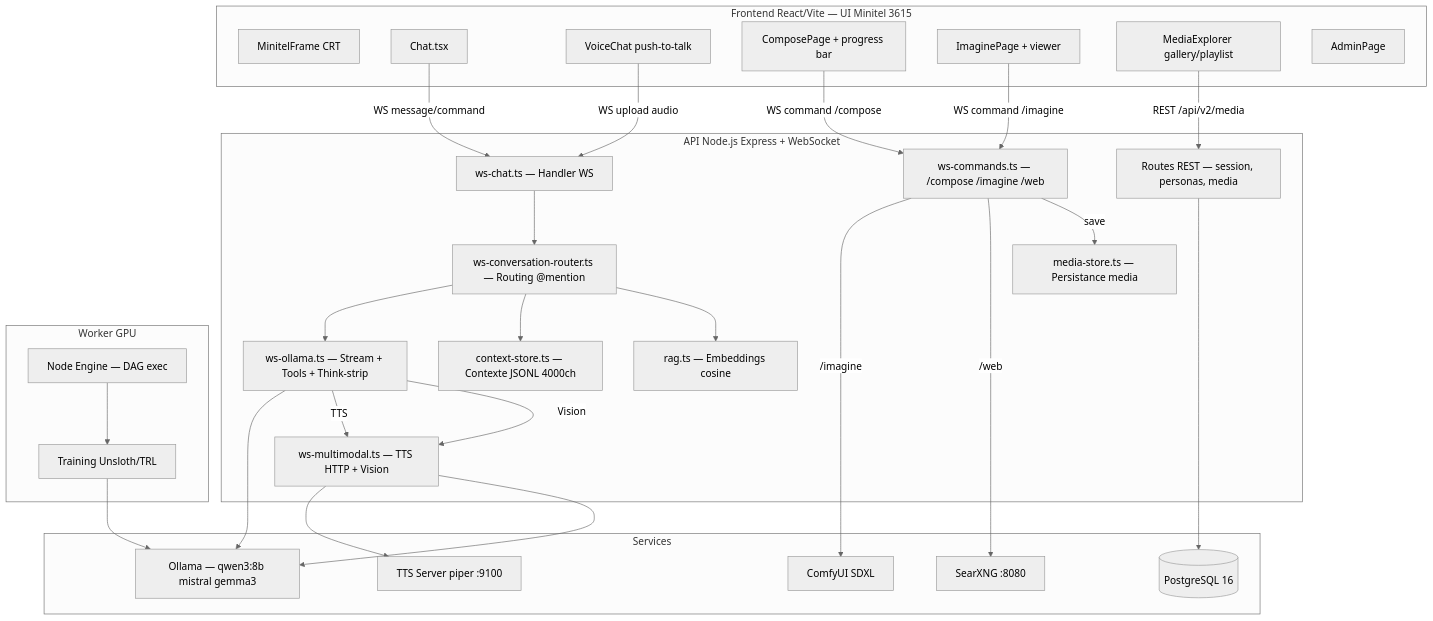
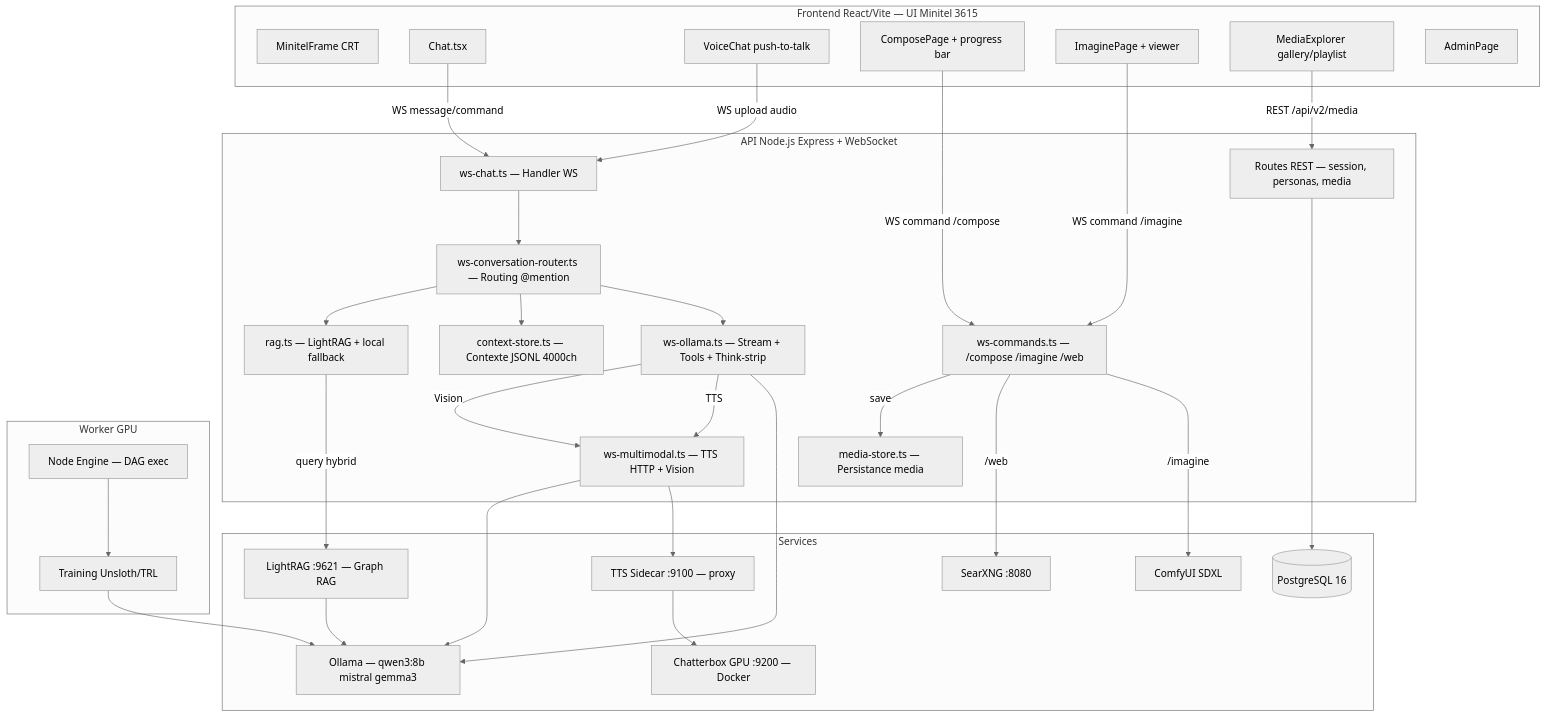
Before and after one commit to electron-rare/kxkm_clown: the first of 3 diagrams in docs/ARCHITECTURE.md, drawn with Mermaid (neutral theme). The commit also changed other lines of this file and 170 other files, not shown here.

````diff
--- a/docs/ARCHITECTURE.md
+++ b/docs/ARCHITECTURE.md
@@ -7,54 +7,57 @@
 ```mermaid
 graph TB
     subgraph Client["Frontend React/Vite — UI Minitel 3615"]
         UI[MinitelFrame CRT]
         Chat[Chat.tsx]
         Voice[VoiceChat push-to-talk]
         Compose[ComposePage + progress bar]
         Imagine[ImaginePage + viewer]
         Media[MediaExplorer gallery/playlist]
         Admin[AdminPage]
     end
 
     subgraph API["API Node.js Express + WebSocket"]
         WS[ws-chat.ts — Handler WS]
         CMD[ws-commands.ts — /compose /imagine /web]
         ROUTER[ws-conversation-router.ts — Routing @mention]
         LLM[ws-ollama.ts — Stream + Tools + Think-strip]
         MULTI[ws-multimodal.ts — TTS HTTP + Vision]
         MSTORE[media-store.ts — Persistance media]
         CTX[context-store.ts — Contexte JSONL 4000ch]
-        RAG[rag.ts — Embeddings cosine]
+        RAG[rag.ts — LightRAG + local fallback]
         REST[Routes REST — session, personas, media]
     end
 
     subgraph Services["Services"]
         OLLAMA[Ollama — qwen3:8b mistral gemma3]
-        TTS[TTS Server piper :9100]
+        TTS[TTS Sidecar :9100 — proxy]
+        CBOX[Chatterbox GPU :9200 — Docker]
+        LRAG[LightRAG :9621 — Graph RAG]
         COMFY[ComfyUI SDXL]
         SEARX[SearXNG :8080]
         PG[(PostgreSQL 16)]
     end
 
     subgraph Worker["Worker GPU"]
         ENGINE[Node Engine — DAG exec]
         TRAIN[Training Unsloth/TRL]
     end
 
     Chat -- "WS message/command" --> WS
     Voice -- "WS upload audio" --> WS
     Compose -- "WS command /compose" --> CMD
     Imagine -- "WS command /imagine" --> CMD
     Media -- "REST /api/v2/media" --> REST
 
     WS --> ROUTER --> LLM --> OLLAMA
     ROUTER --> CTX
     ROUTER --> RAG
-    LLM -- "TTS" --> MULTI --> TTS
+    LLM -- "TTS" --> MULTI --> TTS --> CBOX
     LLM -- "Vision" --> MULTI --> OLLAMA
+    RAG -- "query hybrid" --> LRAG --> OLLAMA
     CMD -- "/imagine" --> COMFY
     CMD -- "/web" --> SEARX
     CMD -- "save" --> MSTORE
     REST --> PG
     ENGINE --> TRAIN --> OLLAMA
 ```
````
